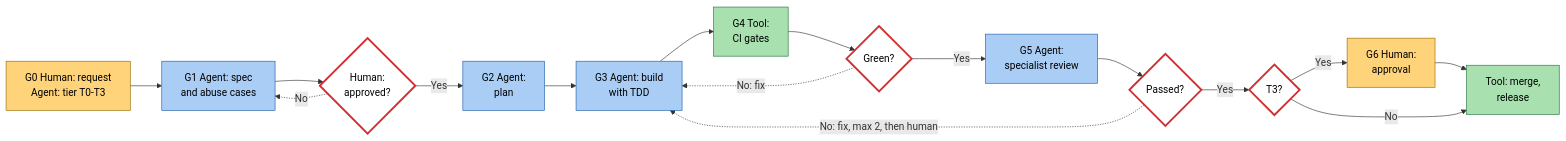
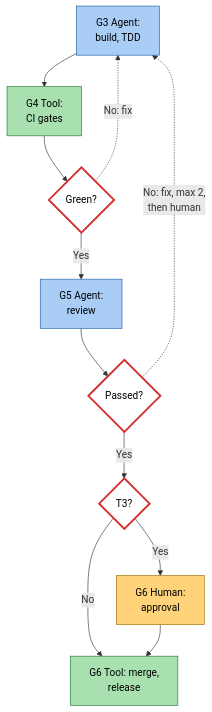
The second of 15 diagrams in README.md (oneup4real/engineering-standards), drawn with Mermaid before and after one commit. The commit also changed other lines of this file, not shown here.

Commit message:
docs(readme): split the big-picture flow so it stays legible

````diff
--- a/README.md
+++ b/README.md
@@ -69,28 +89,17 @@
 ```mermaid
-flowchart LR
+flowchart TD
     classDef human fill:#ffd37a,stroke:#9a6b00,color:#000
     classDef agent fill:#a9cdf5,stroke:#1f5fa8,color:#000
     classDef tool fill:#a8e0b0,stroke:#23753a,color:#000
     classDef gate fill:#fff,stroke:#d32f2f,stroke-width:3px,color:#000
-    G0["G0 Human: request<br/>Agent: tier T0-T3"]:::human
-    G1["G1 Agent: spec<br/>and abuse cases"]:::agent
-    D1{"Human:<br/>approved?"}:::gate
-    G2["G2 Agent:<br/>plan"]:::agent
-    G3["G3 Agent: build<br/>with TDD"]:::agent
-    G4["G4 Tool:<br/>CI gates"]:::tool
-    D2{"Green?"}:::gate
-    G5["G5 Agent:<br/>specialist review"]:::agent
-    D3{"Passed?"}:::gate
-    D4{"T3?"}:::gate
-    G6["G6 Human:<br/>approval"]:::human
-    M["Tool: merge,<br/>release"]:::tool
-    G0 --> G1 --> D1
-    D1 -->|Yes| G2 --> G3 --> G4 --> D2
-    D2 -->|Yes| G5 --> D3
-    D3 -->|Yes| D4
-    D4 -->|Yes| G6 --> M
-    D4 -->|No| M
-    D1 -.->|No| G1
-    D2 -.->|"No: fix"| G3
-    D3 -.->|"No: fix, max 2, then human"| G3
+    A["G3 Agent:<br/>build, TDD"]:::agent --> B["G4 Tool:<br/>CI gates"]:::tool
+    B --> C{"Green?"}:::gate
+    C -->|Yes| D["G5 Agent:<br/>review"]:::agent
+    C -.->|"No: fix"| A
+    D --> E{"Passed?"}:::gate
+    E -.->|"No: fix, max 2,<br/>then human"| A
+    E -->|Yes| F{"T3?"}:::gate
+    F -->|Yes| G["G6 Human:<br/>approval"]:::human
+    F -->|No| H["G6 Tool: merge,<br/>release"]:::tool
+    G --> H
 ```
````
